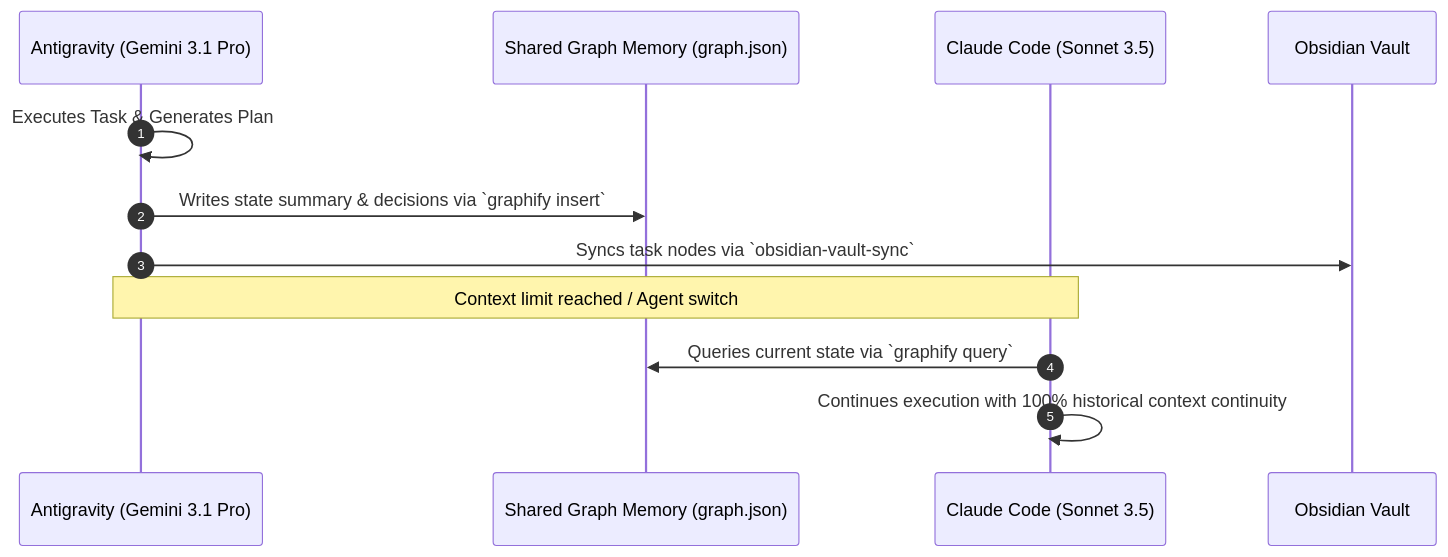
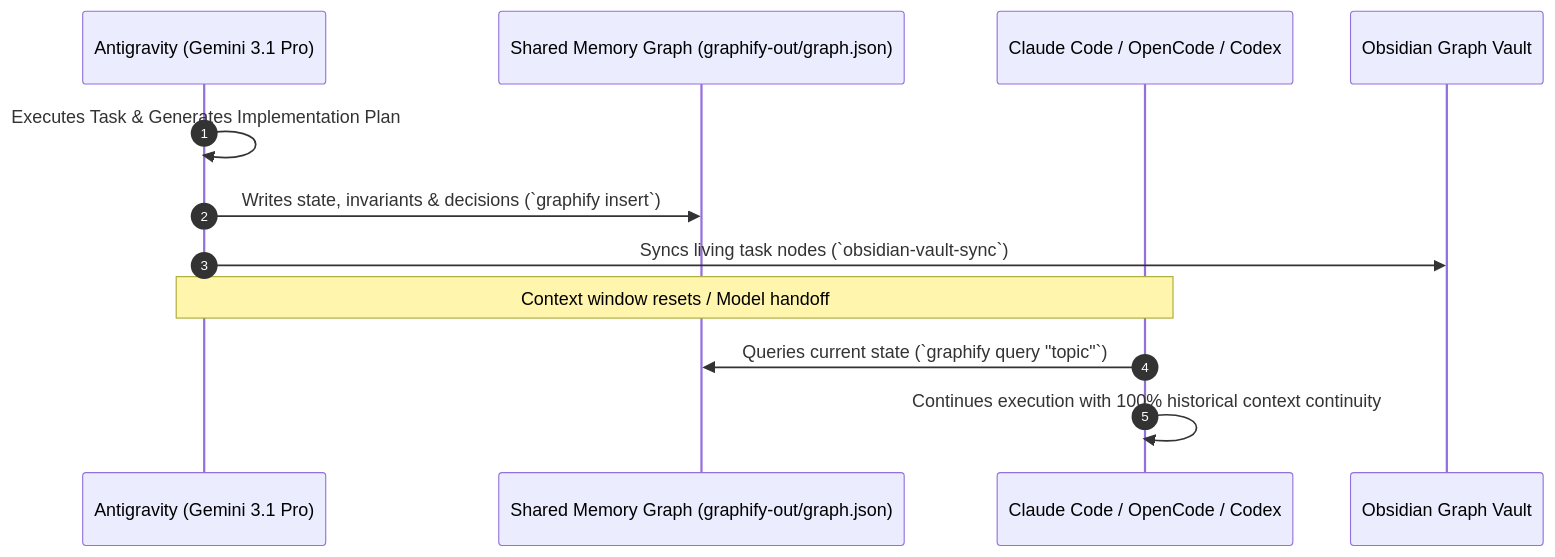
Before and after one commit to phoroth/AGENTIC: the diagram in README.md, drawn with Mermaid. The commit also changed other lines of this file, not shown here.

Commit message:
docs: update TAHP memory architecture section with graphify CLI commands and core persistence rules

````diff
--- a/README.md
+++ b/README.md
@@ -214,15 +214,15 @@
 ```mermaid
 sequenceDiagram
     autonumber
     participant Antigravity as Antigravity (Gemini 3.1 Pro)
-    participant Graph as Shared Graph Memory (graph.json)
-    participant Claude as Claude Code (Sonnet 3.5)
-    participant Obsidian as Obsidian Vault
+    participant Graph as Shared Memory Graph (graphify-out/graph.json)
+    participant Claude as Claude Code / OpenCode / Codex
+    participant Obsidian as Obsidian Graph Vault
 
-    Antigravity->>Antigravity: Executes Task & Generates Plan
-    Antigravity->>Graph: Writes state summary & decisions via `graphify insert`
-    Antigravity->>Obsidian: Syncs task nodes via `obsidian-vault-sync`
-    Note over Antigravity, Claude: Context limit reached / Agent switch
-    Claude->>Graph: Queries current state via `graphify query`
+    Antigravity->>Antigravity: Executes Task & Generates Implementation Plan
+    Antigravity->>Graph: Writes state, invariants & decisions (`graphify insert`)
+    Antigravity->>Obsidian: Syncs living task nodes (`obsidian-vault-sync`)
+    Note over Antigravity, Claude: Context window resets / Model handoff
+    Claude->>Graph: Queries current state (`graphify query "topic"`)
     Claude->>Claude: Continues execution with 100% historical context continuity
 ```
````
